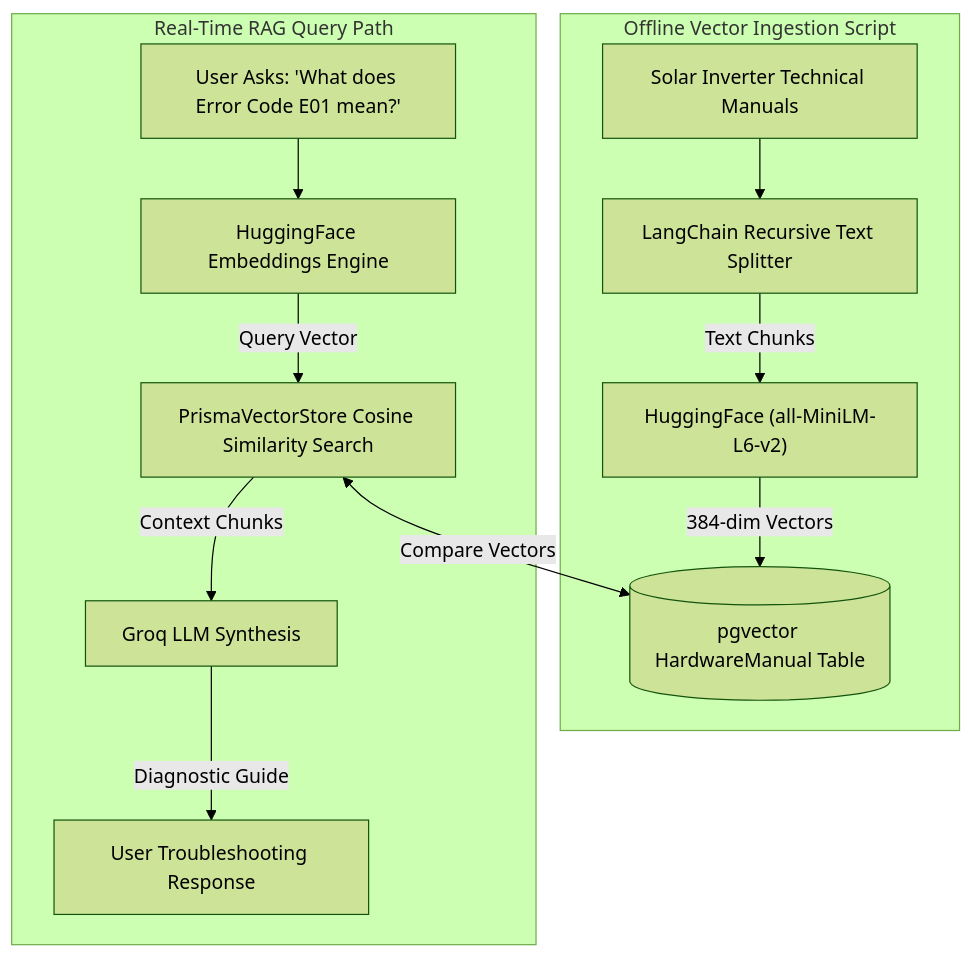
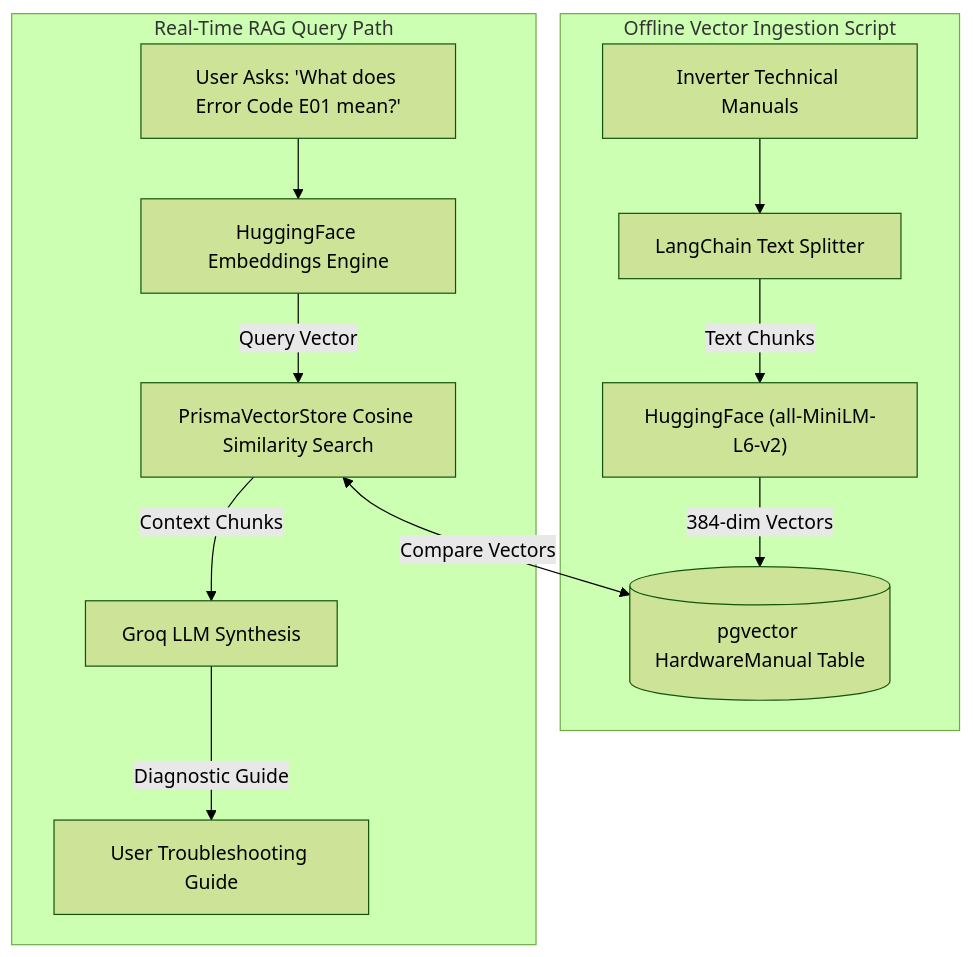
One commit to ItsAbhishekkashyap/gridsense_server changed the third of 4 diagrams in README.md. Above: the diagram before and after it, drawn with Mermaid (forest theme). The commit also changed other lines of this file, not shown here.

````diff
--- a/README.md
+++ b/README.md
@@ -84,26 +111,26 @@
 ```mermaid
 flowchart TB
     subgraph OfflineSeeding ["Offline Vector Ingestion Script"]
-        PDF["Solar Inverter Technical Manuals"]
-        Chunker["LangChain Recursive Text Splitter"]
+        PDF["Inverter Technical Manuals"]
+        Chunker["LangChain Text Splitter"]
         HFEncoder["HuggingFace (all-MiniLM-L6-v2)"]
         VectorDB[("pgvector HardwareManual Table")]
         
         PDF --> Chunker
         Chunker -->|Text Chunks| HFEncoder
         HFEncoder -->|384-dim Vectors| VectorDB
     end
 
     subgraph RuntimeRetrieval ["Real-Time RAG Query Path"]
         UserQuery["User Asks: 'What does Error Code E01 mean?'"]
         QueryEmbedding["HuggingFace Embeddings Engine"]
         CosineSearch["PrismaVectorStore Cosine Similarity Search"]
         LLMSynthesis["Groq LLM Synthesis"]
 
         UserQuery --> QueryEmbedding
         QueryEmbedding -->|Query Vector| CosineSearch
         CosineSearch <-->|Compare Vectors| VectorDB
         CosineSearch -->|Context Chunks| LLMSynthesis
-        LLMSynthesis -->|Diagnostic Guide| FinalOutput["User Troubleshooting Response"]
+        LLMSynthesis -->|Diagnostic Guide| FinalOutput["User Troubleshooting Guide"]
     end
 ```
````
